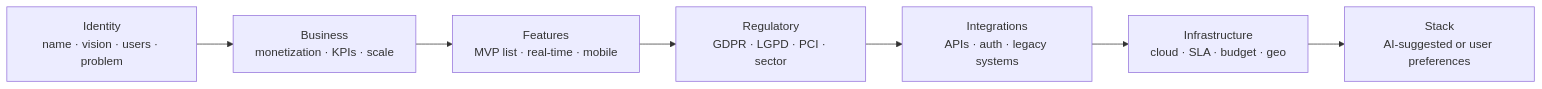
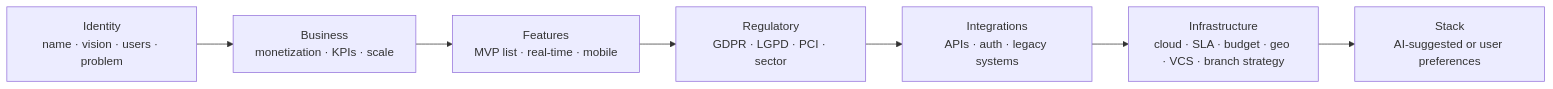
Before and after one commit to rodrigorjsf/prd-generator-plugin: the sixth of 6 diagrams in README.md, drawn with Mermaid. The commit also changed other lines of this file and 8 other files, not shown here.

````diff
--- a/README.md
+++ b/README.md
@@ -267,10 +271,10 @@
 ```mermaid
 flowchart LR
     A["Identity\nname · vision · users · problem"] -->
     B["Business\nmonetization · KPIs · scale"] -->
     C["Features\nMVP list · real-time · mobile"] -->
     D["Regulatory\nGDPR · LGPD · PCI · sector"] -->
     E["Integrations\nAPIs · auth · legacy systems"] -->
-    F["Infrastructure\ncloud · SLA · budget · geo"] -->
+    F["Infrastructure\ncloud · SLA · budget · geo · VCS · branch strategy"] -->
     G["Stack\nAI-suggested or user preferences"]
 ```
````
